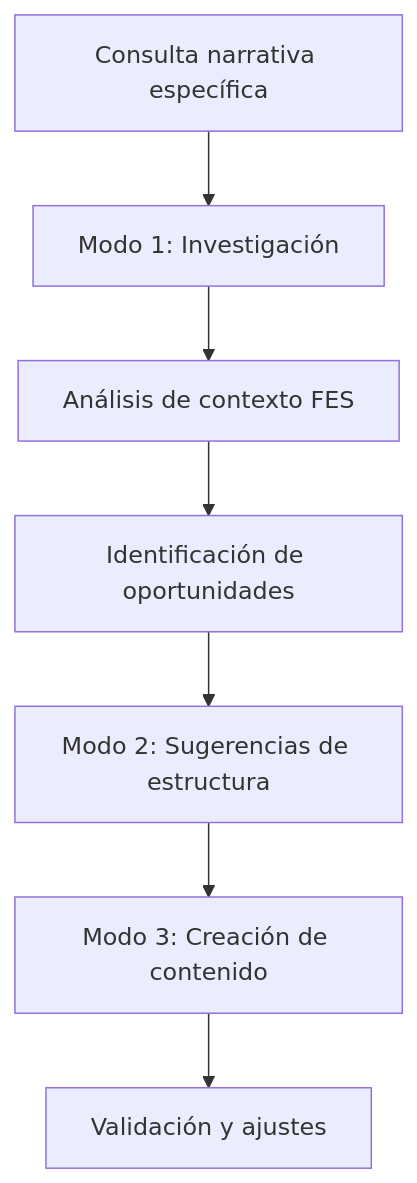
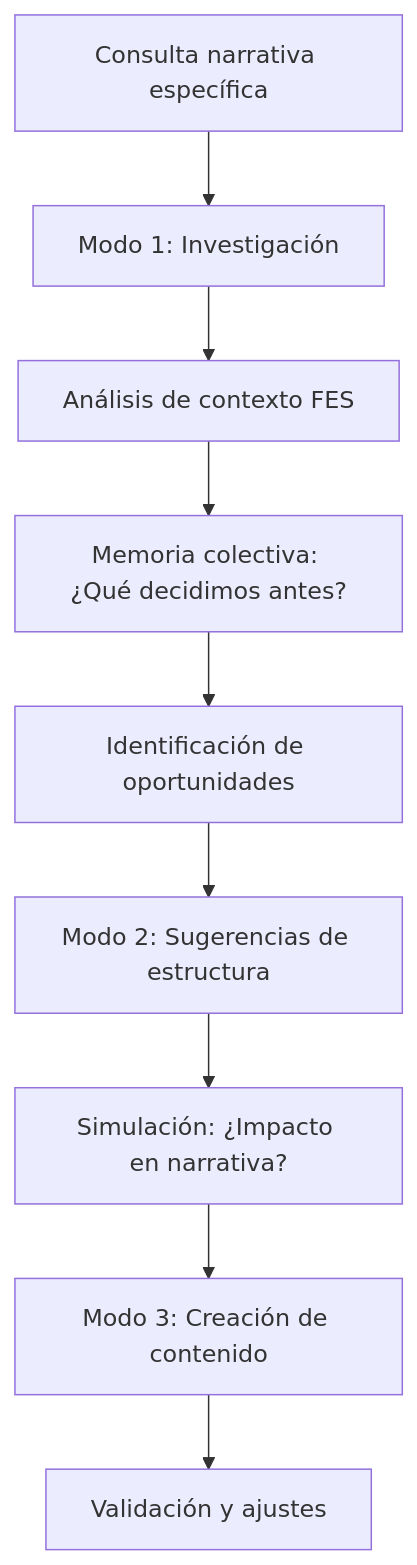
One commit to DungeonMoore/DungeonLifeAgent changed the seventh of 9 diagrams in Documentacion/07_Guia_Usuario.md. Above: the diagram before and after it, drawn with Mermaid. The commit also changed other lines of this file and 16 other files, not shown here.

````diff
--- a/Documentacion/07_Guia_Usuario.md
+++ b/Documentacion/07_Guia_Usuario.md
@@ -610,9 +898,11 @@
 ```mermaid
 graph TD
     A[Consulta narrativa específica] --> B[Modo 1: Investigación]
     B --> C[Análisis de contexto FES]
-    C --> D[Identificación de oportunidades]
-    D --> E[Modo 2: Sugerencias de estructura]
-    E --> F[Modo 3: Creación de contenido]
-    F --> G[Validación y ajustes]
+    C --> D[Memoria colectiva: ¿Qué decidimos antes?]
+    D --> E[Identificación de oportunidades]
+    E --> F[Modo 2: Sugerencias de estructura]
+    F --> G[Simulación: ¿Impacto en narrativa?]
+    G --> H[Modo 3: Creación de contenido]
+    H --> I[Validación y ajustes]
 ```
````
